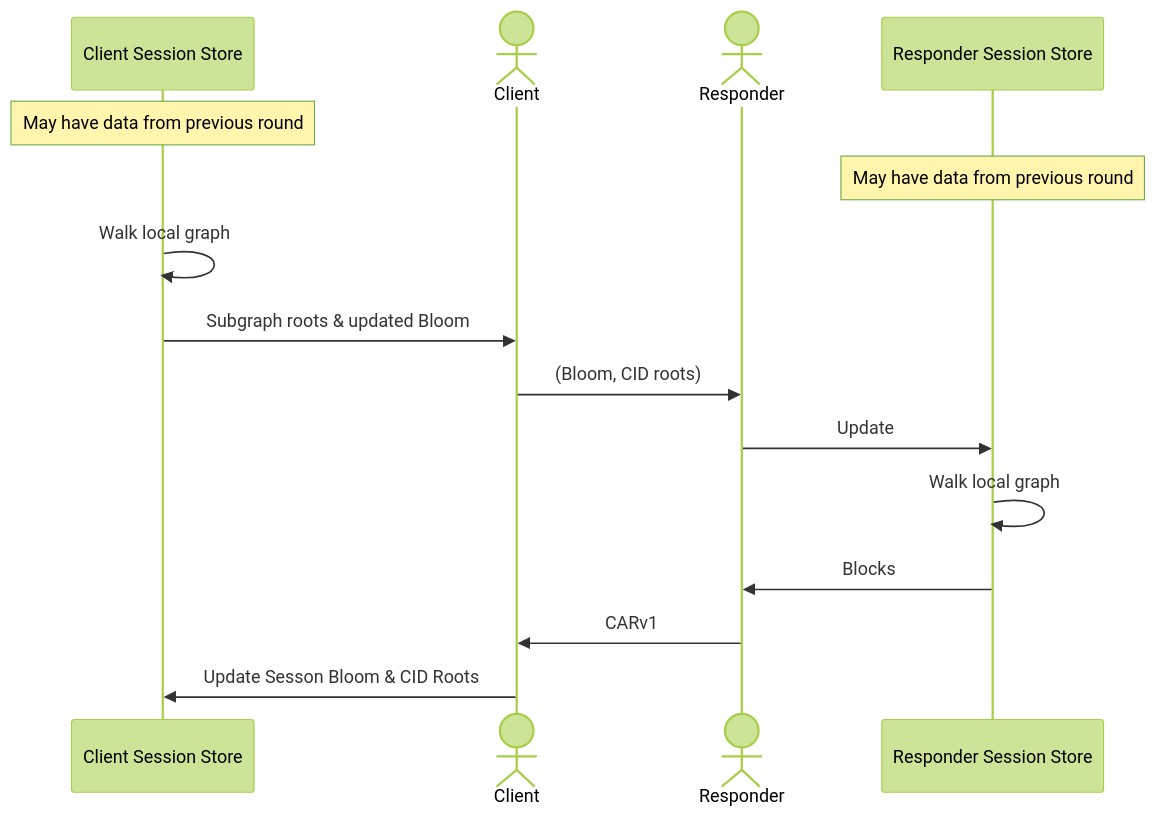
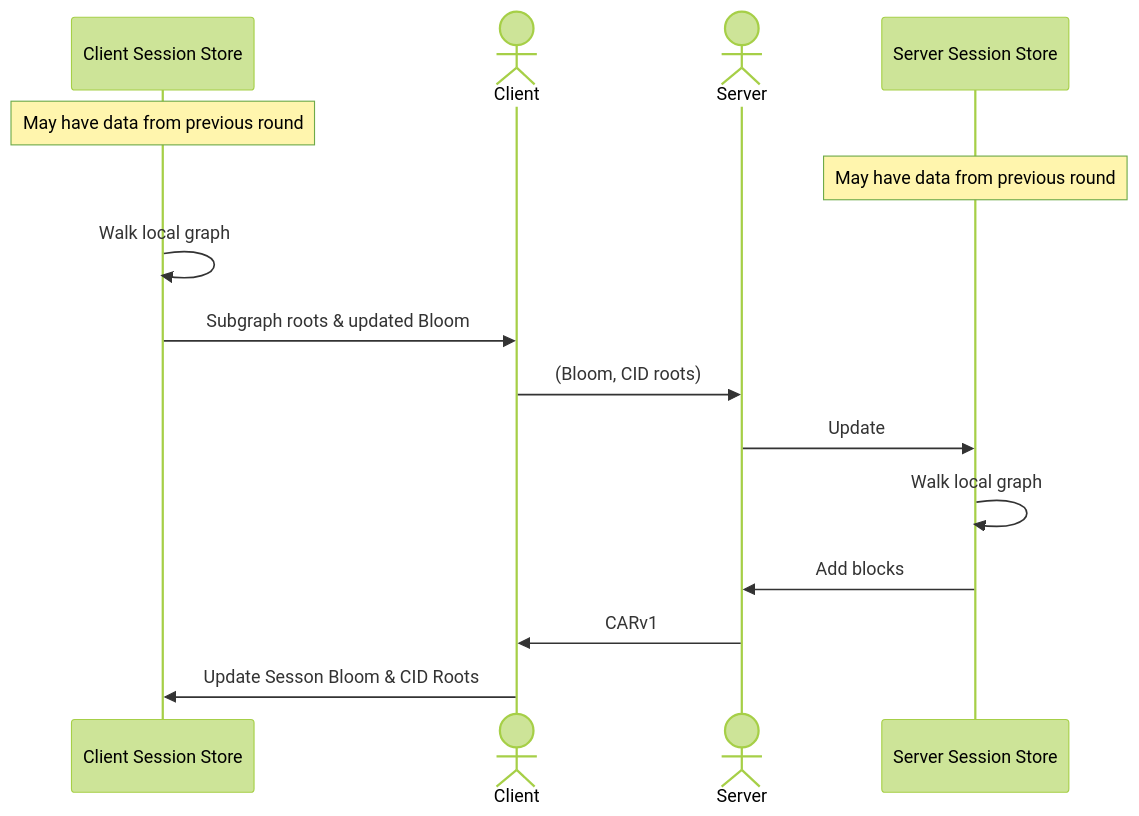
One commit to wnfs-wg/car-mirror-spec changed the third of 4 diagrams in README.md. Above: the diagram before and after it, drawn with Mermaid (forest theme). The commit also changed other lines of this file, not shown here.

````diff
--- a/README.md
+++ b/README.md
@@ -220,19 +220,19 @@
 ```mermaid
 sequenceDiagram
     participant Client Session Store
     actor Client
-    actor Responder
-    participant Responder Session Store
+    actor Server
+    participant Server Session Store
 
     Note over Client Session Store: May have data from previous round
-    Note over Responder Session Store: May have data from previous round
+    Note over Server Session Store: May have data from previous round
 
     Client Session Store ->> Client Session Store: Walk local graph
     Client Session Store ->> Client: Subgraph roots & updated Bloom
-    Client ->> Responder: (Bloom, CID roots)
-    Responder ->> Responder Session Store: Update
-    Responder Session Store ->> Responder Session Store: Walk local graph
-    Responder Session Store ->> Responder: Blocks
-    Responder ->> Client: CARv1
+    Client ->> Server: (Bloom, CID roots)
+    Server ->> Server Session Store: Update
+    Server Session Store ->> Server Session Store: Walk local graph
+    Server Session Store ->> Server: Add blocks
+    Server ->> Client: CARv1
     Client ->> Client Session Store: Update Sesson Bloom & CID Roots
 ```
````
